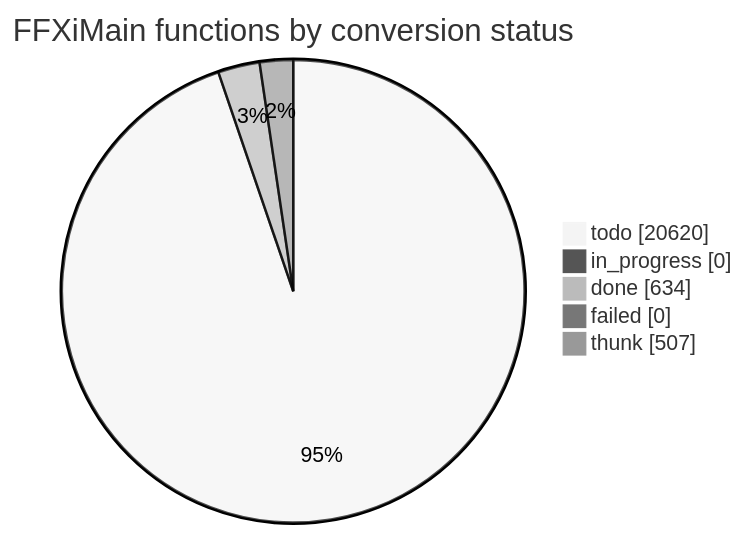
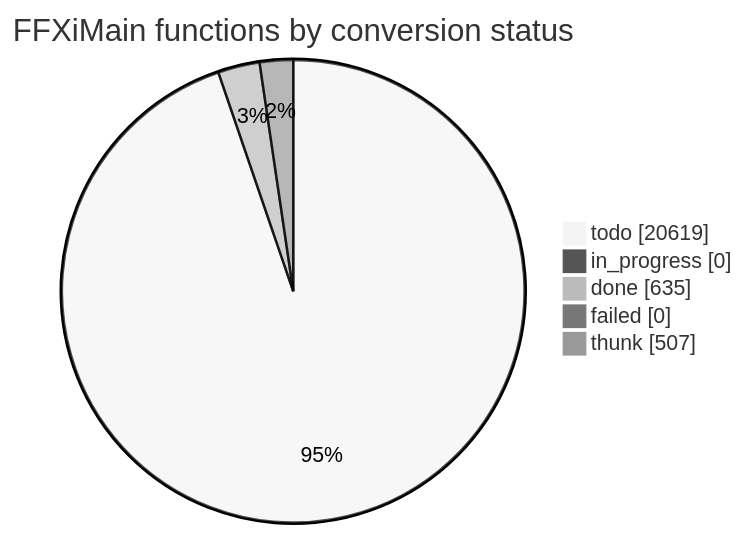
One commit to cowrevenge/cow_kuluu_xi_anything changed the diagram in docs/cow/STATUS.md. Above: the diagram before and after it, drawn with Mermaid (neutral theme). The commit also changed other lines of this file and 9 other files, not shown here.

````diff
--- a/docs/cow/STATUS.md
+++ b/docs/cow/STATUS.md
@@ -18,9 +18,9 @@
 ```mermaid
 pie showData
     title FFXiMain functions by conversion status
-    "todo" : 20620
+    "todo" : 20619
     "in_progress" : 0
-    "done" : 634
+    "done" : 635
     "failed" : 0
     "thunk" : 507
 ```
````
